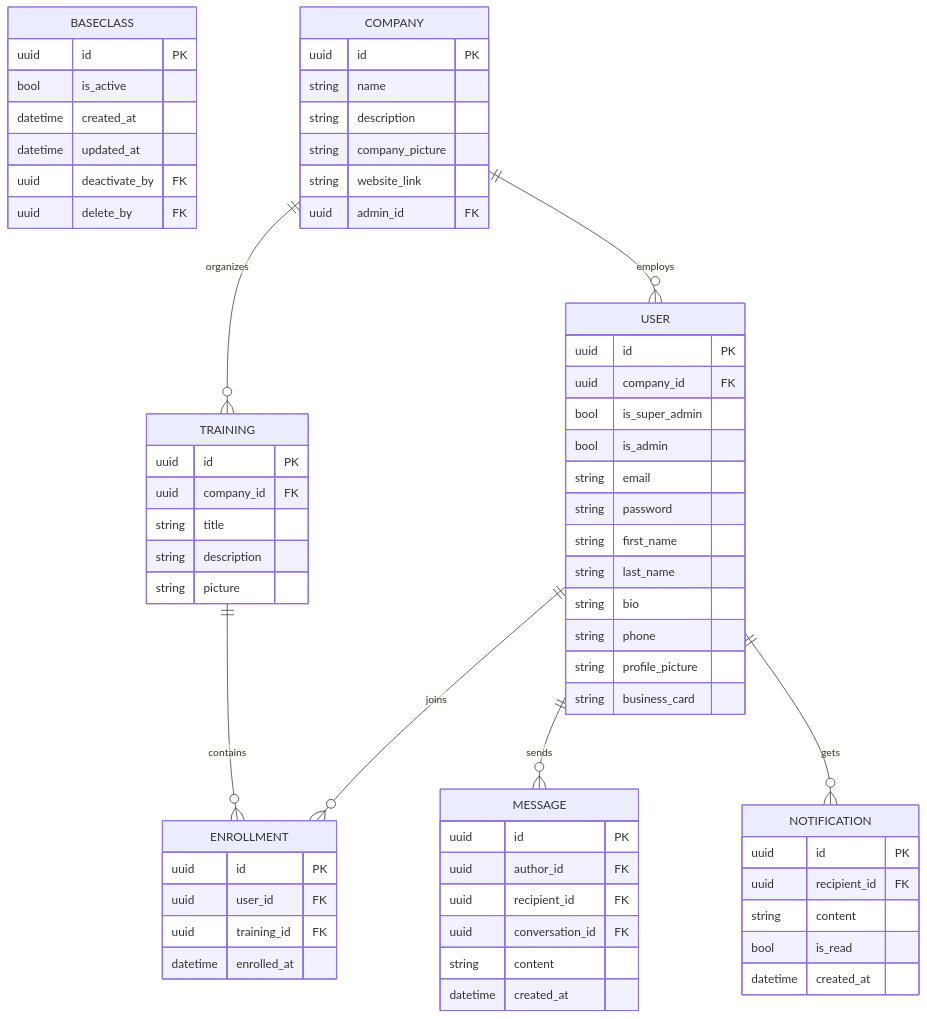
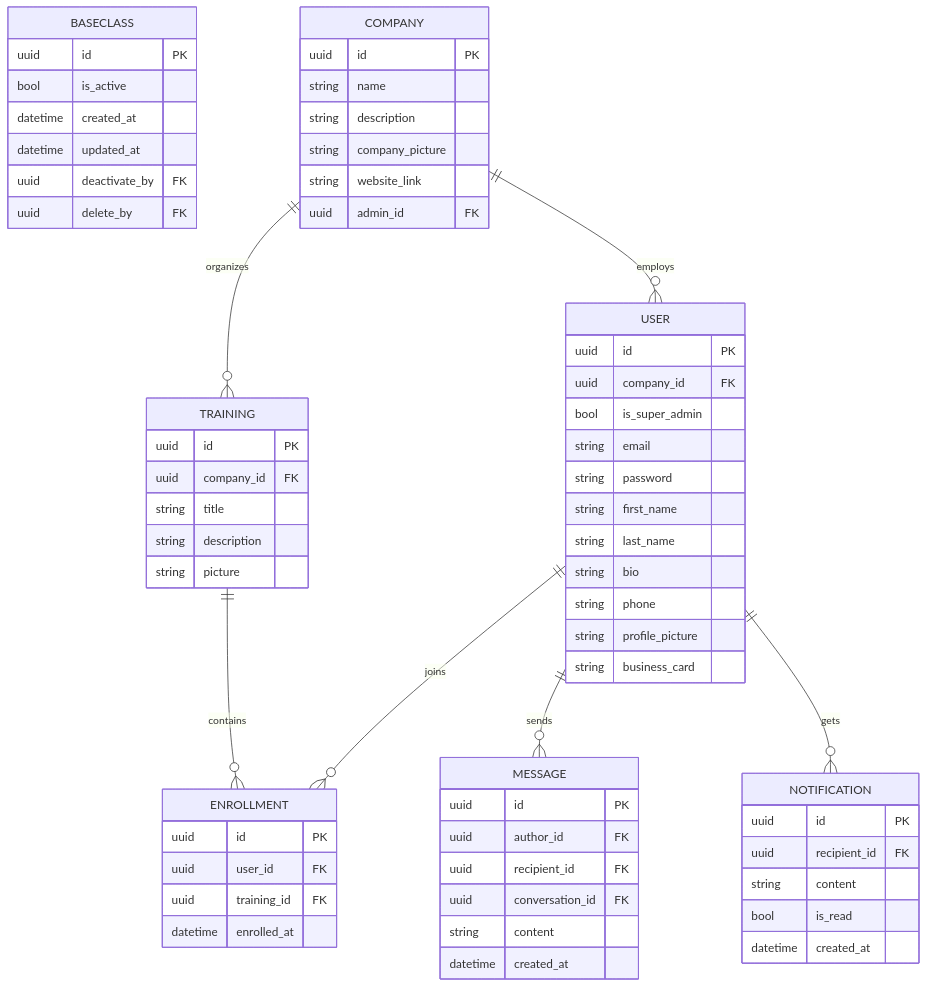
The second of 5 diagrams in docs/Stage-3.MD (tomvieilledent/portfolio-MDE_dashboard), drawn with Mermaid before and after one commit. The commit also changed 23 other files, not shown here.

````diff
--- a/docs/Stage-3.MD
+++ b/docs/Stage-3.MD
@@ -95,79 +95,78 @@
 ```mermaid
 erDiagram
 	%% BaseClass centralise les champs communs à toutes les entités
 	BASECLASS {
 		uuid id PK
 		bool is_active
 		datetime created_at
 		datetime updated_at
 		uuid deactivate_by FK
 		uuid delete_by FK
 	}
 
 	%% Entités principales avec clés étrangères explicites
 	COMPANY {
 		uuid id PK
 		string name
 		string description
 		string company_picture
 		string website_link
 		uuid admin_id FK
 	}
 
 	USER {
 		uuid id PK
 		uuid company_id FK
 		bool is_super_admin
-		bool is_admin
 		string email
 		string password
 		string first_name
 		string last_name
 		string bio
 		string phone
 		string profile_picture
 		string business_card
 	}
 
 	TRAINING {
 		uuid id PK
 		uuid company_id FK
 		string title
 		string description
 		string picture
 	}
 
 	ENROLLMENT {
 		uuid id PK
 		uuid user_id FK
 		uuid training_id FK
 		datetime enrolled_at
 	}
 
 	MESSAGE {
 		uuid id PK
 		uuid author_id FK
 		uuid recipient_id FK
 		uuid conversation_id FK
 		string content
 		datetime created_at
 	}
 
 	NOTIFICATION {
 		uuid id PK
 		uuid recipient_id FK
 		string content
 		bool is_read
 		datetime created_at
 	}
 
 	%% Relations (cardinalités)
 	COMPANY ||--o{ USER : employs
 	COMPANY ||--o{ TRAINING : organizes
 	TRAINING ||--o{ ENROLLMENT : contains
 	USER ||--o{ ENROLLMENT : joins
 	USER ||--o{ MESSAGE : sends
 	USER ||--o{ NOTIFICATION : gets
 
 	%% Note: add a Conversation table if you need group chats / rooms
 ```
````
